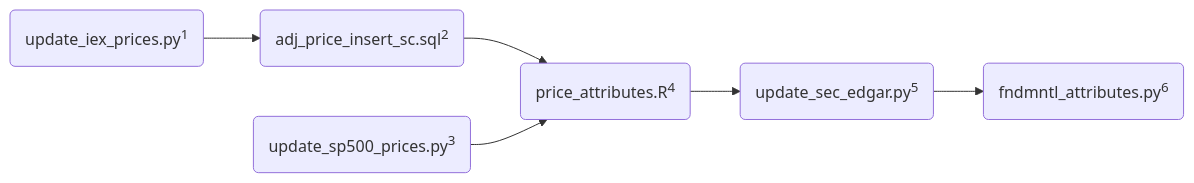
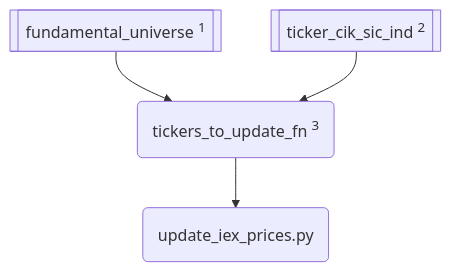
Before and after one commit to Brent-Morrison/Stock_master: the first of 2 diagrams in README.md, drawn with Mermaid. The commit also changed other lines of this file and 1 other file, not shown here.

````diff
--- a/README.md
+++ b/README.md
@@ -30,8 +31,6 @@
 ```mermaid
-    flowchart LR
-        A(update_iex_prices.py<sup>1</sup>) --> B(adj_price_insert_sc.sql<sup>2</sup>)
-        B --> C(price_attributes.R<sup>4</sup>)
-        D(update_sp500_prices.py<sup>3</sup>) --> C
-        C --> E(update_sec_edgar.py<sup>5</sup>)
-        E --> F(fndmntl_attributes.py<sup>6</sup>)
+    flowchart TD
+        A[[fundamental_universe <sup>1</sup>]] --> C(tickers_to_update_fn <sup>3</sup>)
+        B[[ticker_cik_sic_ind <sup>2</sup>]] --> C
+        C --> D(update_iex_prices.py)
 ```
````
